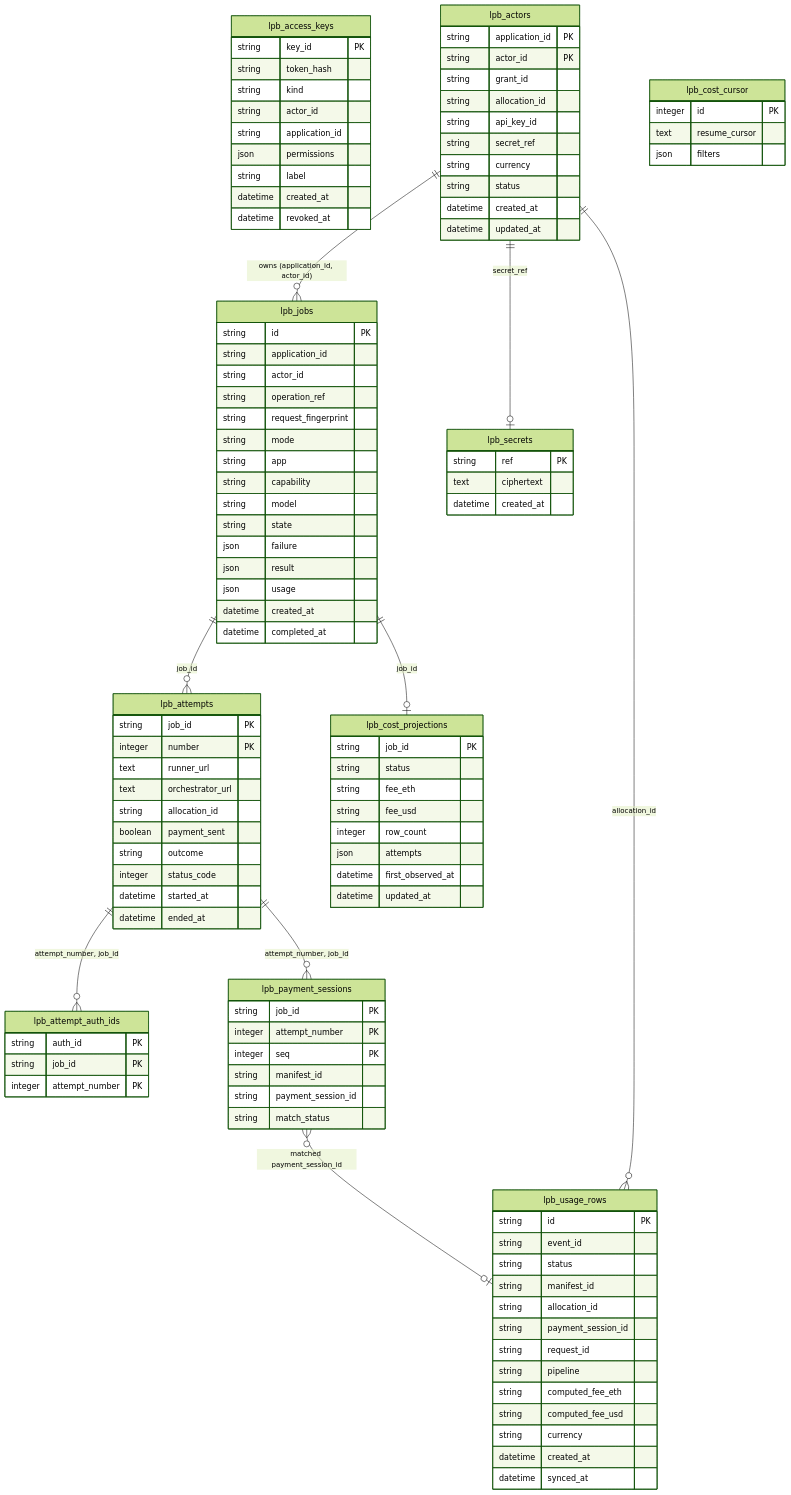
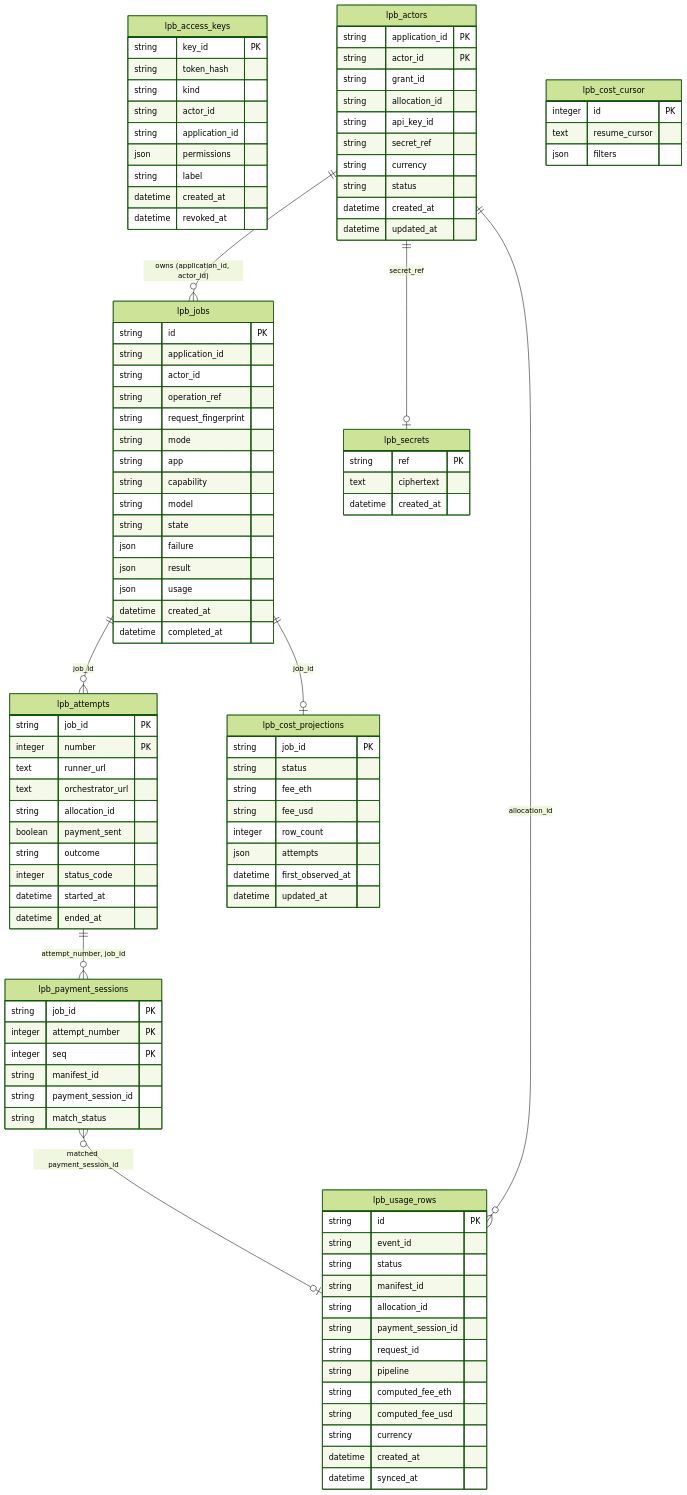
The diagram in docs/generated/db-schema.md (NE-Build-Track/livepeer-builder-core), drawn with Mermaid (forest theme) before and after one commit. The commit also changed other lines of this file and 21 other files, not shown here.

```diff
--- a/docs/generated/db-schema.md
+++ b/docs/generated/db-schema.md
@@ -29,11 +29,6 @@
         string status
         datetime created_at
         datetime updated_at
-    }
-    lpb_attempt_auth_ids {
-        string auth_id PK
-        string job_id PK
-        integer attempt_number PK
     }
     lpb_attempts {
         string job_id PK
@@ -107,7 +102,6 @@
         datetime created_at
         datetime synced_at
     }
-    lpb_attempts ||--o{ lpb_attempt_auth_ids : "attempt_number, job_id"
     lpb_attempts ||--o{ lpb_payment_sessions : "attempt_number, job_id"
     lpb_jobs ||--o{ lpb_attempts : "job_id"
     lpb_jobs ||--o| lpb_cost_projections : "job_id"
```
